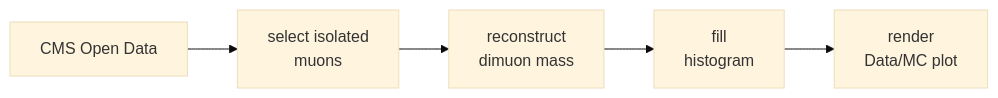
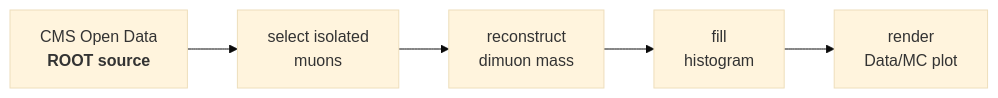
Before and after one commit to FAST-HEP/fast-hep.github.io: the first of 3 diagrams in content/getting-started.md, drawn with Mermaid (base theme). The commit also changed other lines of this file, not shown here.

````diff
--- a/content/getting-started.md
+++ b/content/getting-started.md
@@ -64,7 +67,10 @@
 ```mermaid
 flowchart LR
-    Data["CMS Open Data"] --> Muons["select isolated<br/>muons"]
-    Muons --> Mass["reconstruct<br/>dimuon mass"]
-    Mass --> Hist["fill<br/>histogram"]
-    Hist --> Plot["render<br/>Data/MC plot"]
+    Data["CMS Open Data<br/><b>ROOT source</b>"]:::source
+    Muons["select isolated<br/>muons"]:::transform
+    Mass["reconstruct<br/>dimuon mass"]:::transform
+    Hist["fill<br/>histogram"]:::transform
+    Plot["render<br/>Data/MC plot"]:::sink
+
+    Data --> Muons --> Mass --> Hist --> Plot
 ```
````
